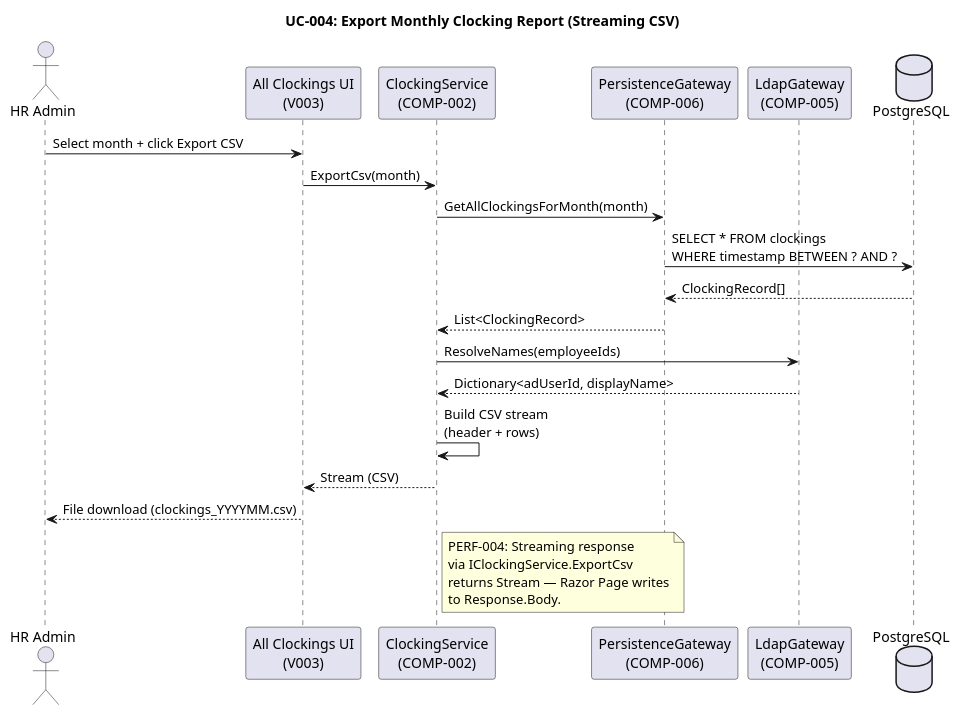
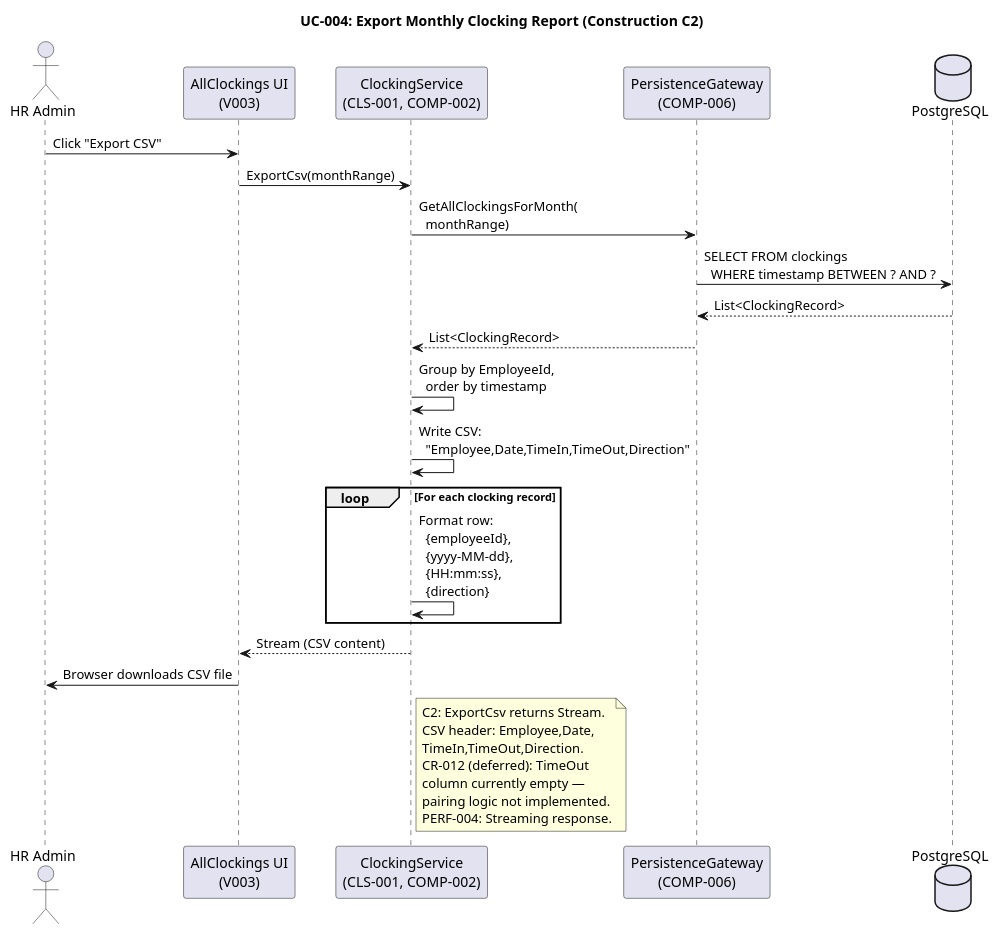
One commit to banense-test/portal-cuba-corp changed the fifth of 33 diagrams in docs/artifacts/analysis---design/design-model.md. Above: the diagram before and after it, drawn with PlantUML. The commit also changed other lines of this file, not shown here.

````diff
--- a/docs/artifacts/analysis---design/design-model.md
+++ b/docs/artifacts/analysis---design/design-model.md
@@ -406,34 +439,37 @@
 ```plantuml
 @startuml
-title UC-004: Export Monthly Clocking Report (Streaming CSV)
+title UC-004: Export Monthly Clocking Report (Construction C2)
 
 actor "HR Admin" as HR
-participant "All Clockings UI\n(V003)" as UI
-participant "ClockingService\n(COMP-002)" as SVC
+participant "AllClockings UI\n(V003)" as UI
+participant "ClockingService\n(CLS-001, COMP-002)" as SVC
 participant "PersistenceGateway\n(COMP-006)" as DB
-participant "LdapGateway\n(COMP-005)" as LDAP
 database "PostgreSQL" as PG
 
-HR -> UI : Select month + click Export CSV
-UI -> SVC : ExportCsv(month)
-SVC -> DB : GetAllClockingsForMonth(month)
-DB -> PG : SELECT * FROM clockings\nWHERE timestamp BETWEEN ? AND ?
-PG --> DB : ClockingRecord[]
+HR -> UI : Click "Export CSV"
+UI -> SVC : ExportCsv(monthRange)
+SVC -> DB : GetAllClockingsForMonth(\n  monthRange)
+DB -> PG : SELECT FROM clockings\n  WHERE timestamp BETWEEN ? AND ?
+PG --> DB : List<ClockingRecord>
 DB --> SVC : List<ClockingRecord>
 
-SVC -> LDAP : ResolveNames(employeeIds)
-LDAP --> SVC : Dictionary<adUserId, displayName>
-
-SVC -> SVC : Build CSV stream\n(header + rows)
-SVC --> UI : Stream (CSV)
-UI --> HR : File download (clockings_YYYYMM.csv)
+SVC -> SVC : Group by EmployeeId,\n  order by timestamp
+SVC -> SVC : Write CSV:\n  "Employee,Date,TimeIn,TimeOut,Direction"
+loop For each clocking record
+  SVC -> SVC : Format row:\n  {employeeId},\n  {yyyy-MM-dd},\n  {HH:mm:ss},\n  {direction}
+end
+SVC --> UI : Stream (CSV content)
+UI -> HR : Browser downloads CSV file
 
 note right of SVC
-  PERF-004: Streaming response
-  via IClockingService.ExportCsv
-  returns Stream — Razor Page writes
-  to Response.Body.
+  C2: ExportCsv returns Stream.
+  CSV header: Employee,Date,
+  TimeIn,TimeOut,Direction.
+  CR-012 (deferred): TimeOut
+  column currently empty —
+  pairing logic not implemented.
+  PERF-004: Streaming response.
 end note
 
 @enduml
 ```
````
